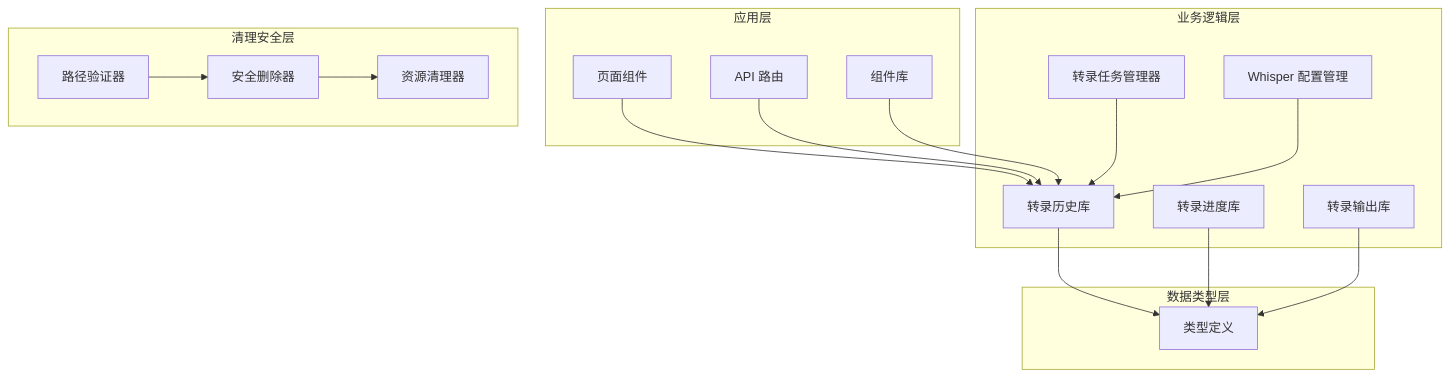
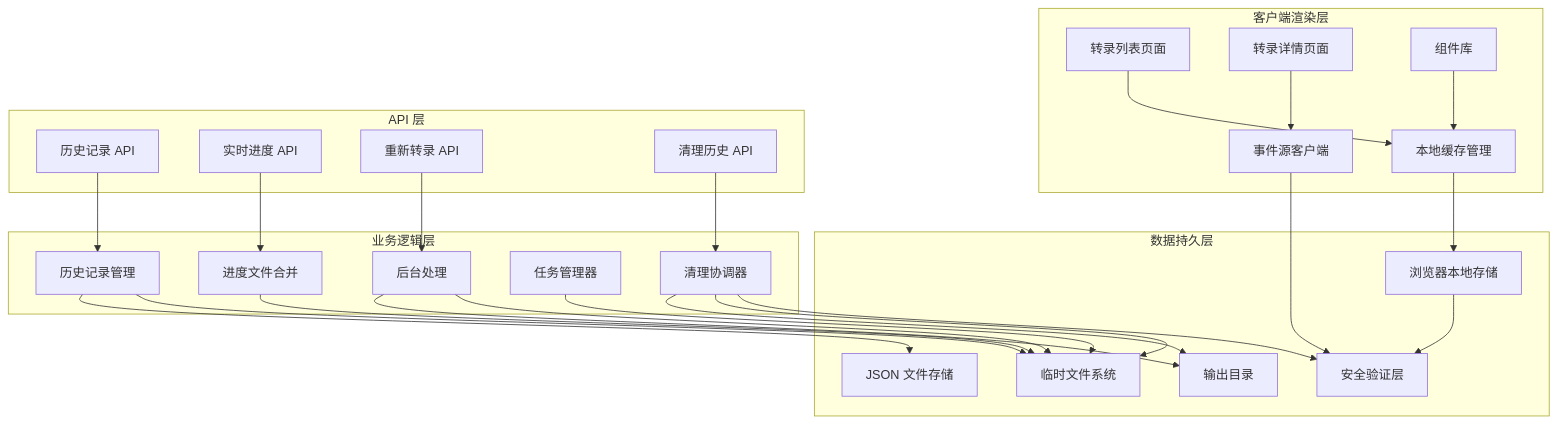
Before and after one commit to clawbotai/memo-flow: the first of 16 diagrams in .qoder/repowiki/zh/content/Transcription History System.md, drawn with Mermaid. The commit also changed other lines of this file and 18 other files, not shown here.

````diff
--- a/.qoder/repowiki/zh/content/Transcription History System.md
+++ b/.qoder/repowiki/zh/content/Transcription History System.md
@@ -53,33 +54,49 @@
 ```mermaid
 graph TB
-subgraph "应用层"
-A[页面组件]
-B[API 路由]
+subgraph "客户端渲染层"
+A[转录列表页面]
+B[转录详情页面]
 C[组件库]
+D[本地缓存管理]
+E[事件源客户端]
+end
+subgraph "API 层"
+F[历史记录 API]
+G[实时进度 API]
+H[重新转录 API]
+I[清理历史 API]
 end
 subgraph "业务逻辑层"
-D[转录历史库]
-E[转录进度库]
-F[转录输出库]
-G[转录任务管理器]
-H[Whisper 配置管理]
+J[历史记录管理]
+K[进度文件合并]
+L[后台处理]
+M[任务管理器]
+N[清理协调器]
 end
-subgraph "数据类型层"
-I[类型定义]
-end
-subgraph "清理安全层"
-J[路径验证器]
-K[安全删除器]
-L[资源清理器]
+subgraph "数据持久层"
+O[临时文件系统]
+P[JSON 文件存储]
+Q[输出目录]
+R[浏览器本地存储]
+S[安全验证层]
 end
 A --> D
-B --> D
+B --> E
 C --> D
-D --> I
-E --> I
-F --> I
-G --> D
-H --> D
-J --> K
-K --> L
+D --> R
+E --> S
+F --> J
+G --> K
+H --> L
+I --> N
+J --> O
+J --> P
+K --> O
+L --> O
+L --> Q
+M --> O
+N --> S
+N --> O
+N --> Q
+R --> S
 ```
````
